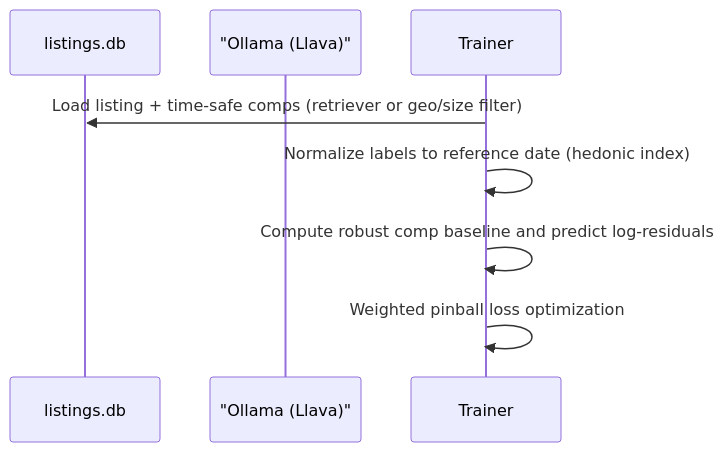
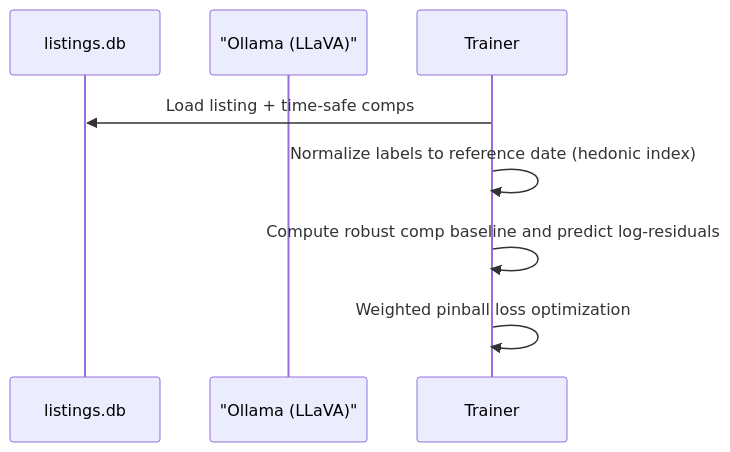
One commit to Nirtzur0/PropertyScanner changed the fourth of 4 diagrams in docs/02_data_pipeline.md. Above: the diagram before and after it, drawn with Mermaid. The commit also changed other lines of this file and 28 other files, not shown here.

Commit message:
docs: Update architecture, pipeline, and model documentation + Refactor services to use Repositories

````diff
--- a/docs/02_data_pipeline.md
+++ b/docs/02_data_pipeline.md
@@ -72,11 +100,11 @@
 ```mermaid
 sequenceDiagram
     participant DB as listings.db
-    participant VLM as "Ollama (Llava)"
+    participant VLM as "Ollama (LLaVA)"
     participant Train as Trainer
 
-    Train->>DB: Load listing + time-safe comps (retriever or geo/size filter)
+    Train->>DB: Load listing + time-safe comps
     Train->>Train: Normalize labels to reference date (hedonic index)
     Train->>Train: Compute robust comp baseline and predict log-residuals
     Train->>Train: Weighted pinball loss optimization
 ```
````
